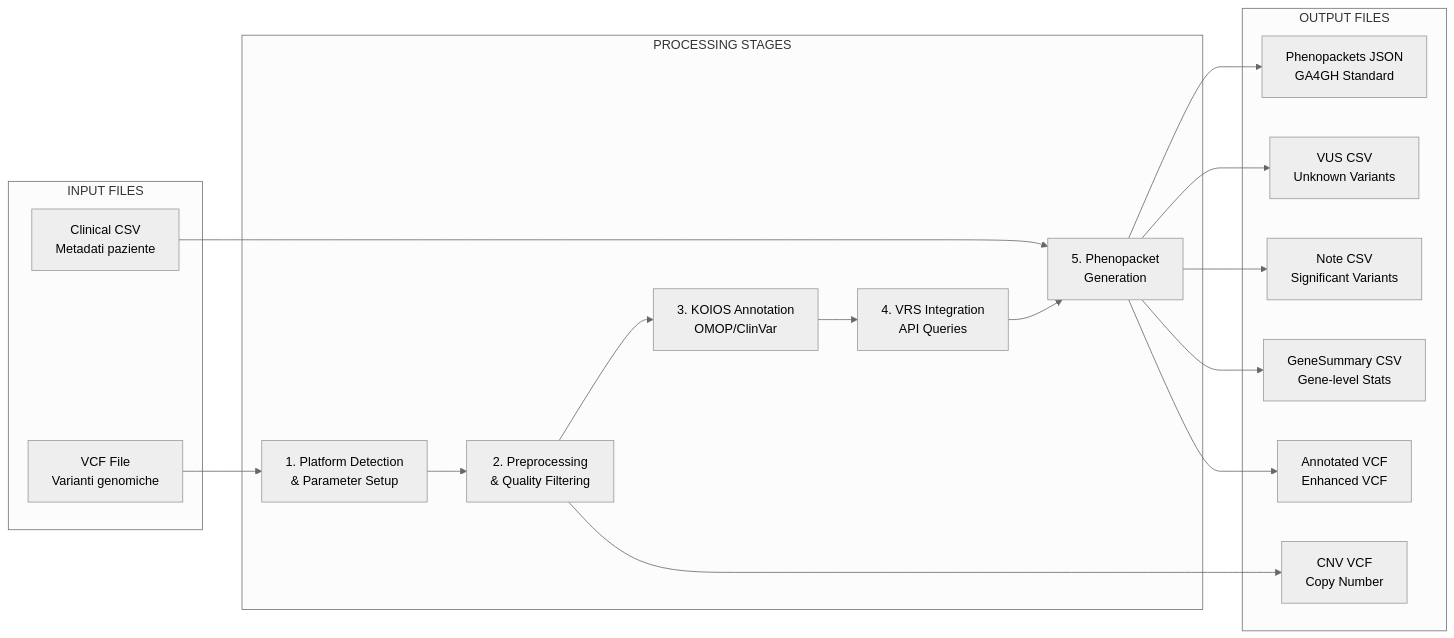
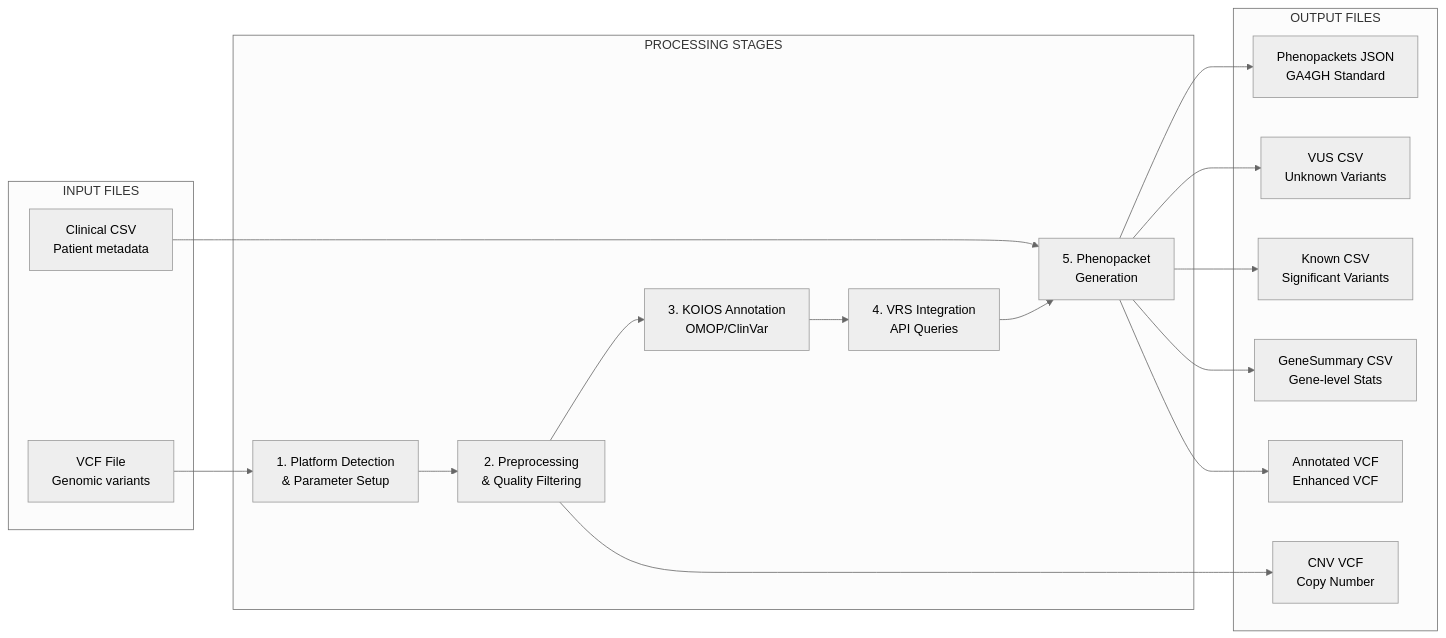
One commit to gbucci/koios_vrs changed the fifth of 7 diagrams in FLOW_DIAGRAM.md. Above: the diagram before and after it, drawn with Mermaid (neutral theme). The commit also changed other lines of this file and 3 other files, not shown here.

First line of the commit message:
Translate flow diagram to English and rename 'Note' to 'Known'

````diff
--- a/FLOW_DIAGRAM.md
+++ b/FLOW_DIAGRAM.md
@@ -183,38 +183,38 @@
 ```mermaid
 flowchart LR
     subgraph Input["INPUT FILES"]
-        VCF[VCF File<br/>Varianti genomiche]
-        CSV[Clinical CSV<br/>Metadati paziente]
+        VCF[VCF File<br/>Genomic variants]
+        CSV[Clinical CSV<br/>Patient metadata]
     end
 
     subgraph Processing["PROCESSING STAGES"]
         Stage1[1. Platform Detection<br/>& Parameter Setup]
         Stage2[2. Preprocessing<br/>& Quality Filtering]
         Stage3[3. KOIOS Annotation<br/>OMOP/ClinVar]
         Stage4[4. VRS Integration<br/>API Queries]
         Stage5[5. Phenopacket<br/>Generation]
     end
 
     subgraph Output["OUTPUT FILES"]
         JSON[Phenopackets JSON<br/>GA4GH Standard]
         VUS[VUS CSV<br/>Unknown Variants]
-        NOTE[Note CSV<br/>Significant Variants]
+        KNOWN[Known CSV<br/>Significant Variants]
         GENE[GeneSummary CSV<br/>Gene-level Stats]
         AVCF[Annotated VCF<br/>Enhanced VCF]
         CNV[CNV VCF<br/>Copy Number]
     end
 
     VCF --> Stage1
     CSV --> Stage5
     Stage1 --> Stage2
     Stage2 --> Stage3
     Stage3 --> Stage4
     Stage4 --> Stage5
 
     Stage5 --> JSON
     Stage5 --> VUS
-    Stage5 --> NOTE
+    Stage5 --> KNOWN
     Stage5 --> GENE
     Stage5 --> AVCF
     Stage2 --> CNV
 ```
````
